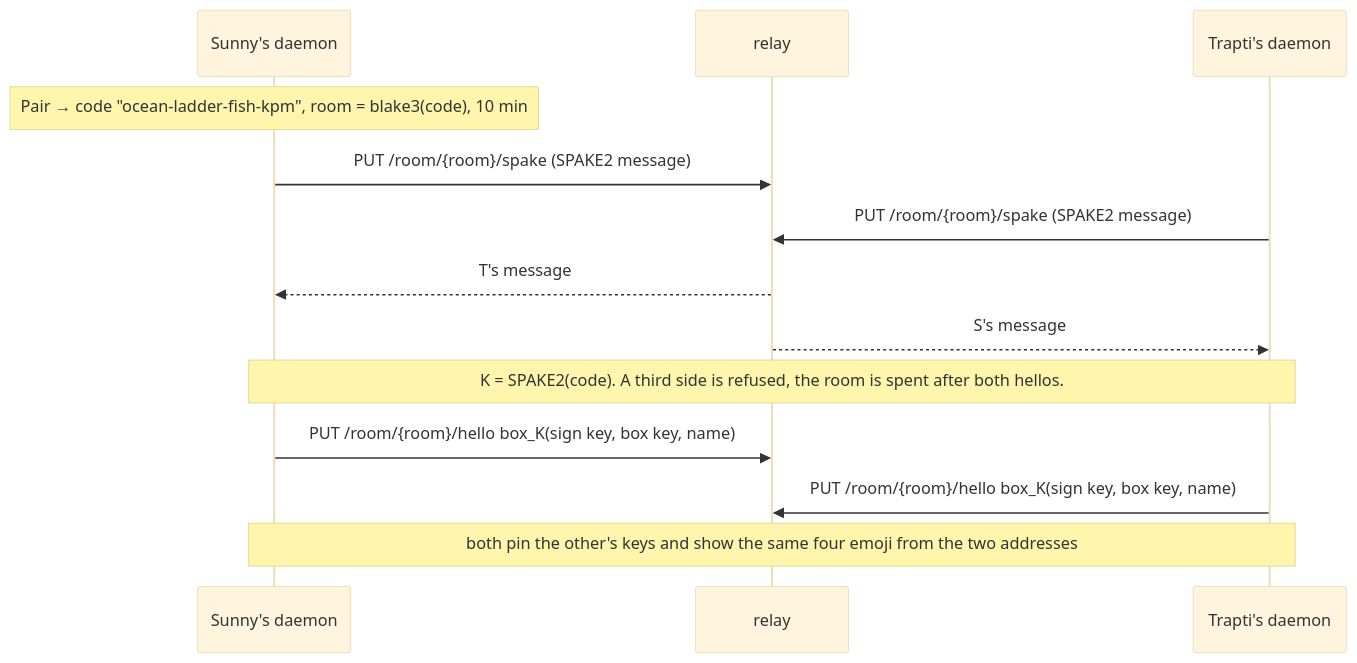
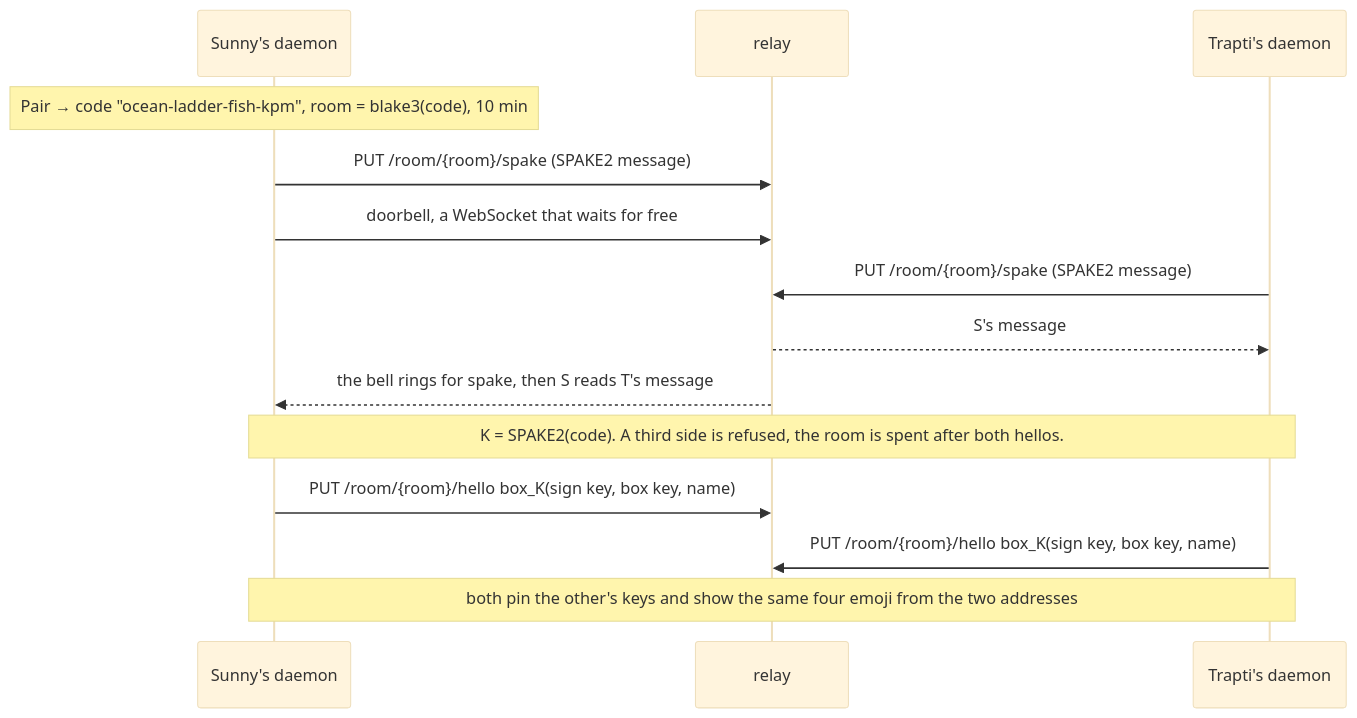
One commit to snymrova/snyvi changed the second of 3 diagrams in docs/PEER.md. Above: the diagram before and after it, drawn with Mermaid (base theme). The commit also changed other lines of this file and 7 other files, not shown here.

````diff
--- a/docs/PEER.md
+++ b/docs/PEER.md
@@ -48,15 +48,16 @@
 ```mermaid
 sequenceDiagram
   participant S as Sunny's daemon
   participant W as relay
   participant T as Trapti's daemon
   Note over S: Pair → code "ocean-ladder-fish-kpm", room = blake3(code), 10 min
   S->>W: PUT /room/{room}/spake  (SPAKE2 message)
+  S->>W: doorbell, a WebSocket that waits for free
   T->>W: PUT /room/{room}/spake  (SPAKE2 message)
-  W-->>S: T's message
   W-->>T: S's message
+  W-->>S: the bell rings for spake, then S reads T's message
   Note over S,T: K = SPAKE2(code). A third side is refused, the room is spent after both hellos.
   S->>W: PUT /room/{room}/hello  box_K(sign key, box key, name)
   T->>W: PUT /room/{room}/hello  box_K(sign key, box key, name)
   Note over S,T: both pin the other's keys and show the same four emoji from the two addresses
 ```
````
